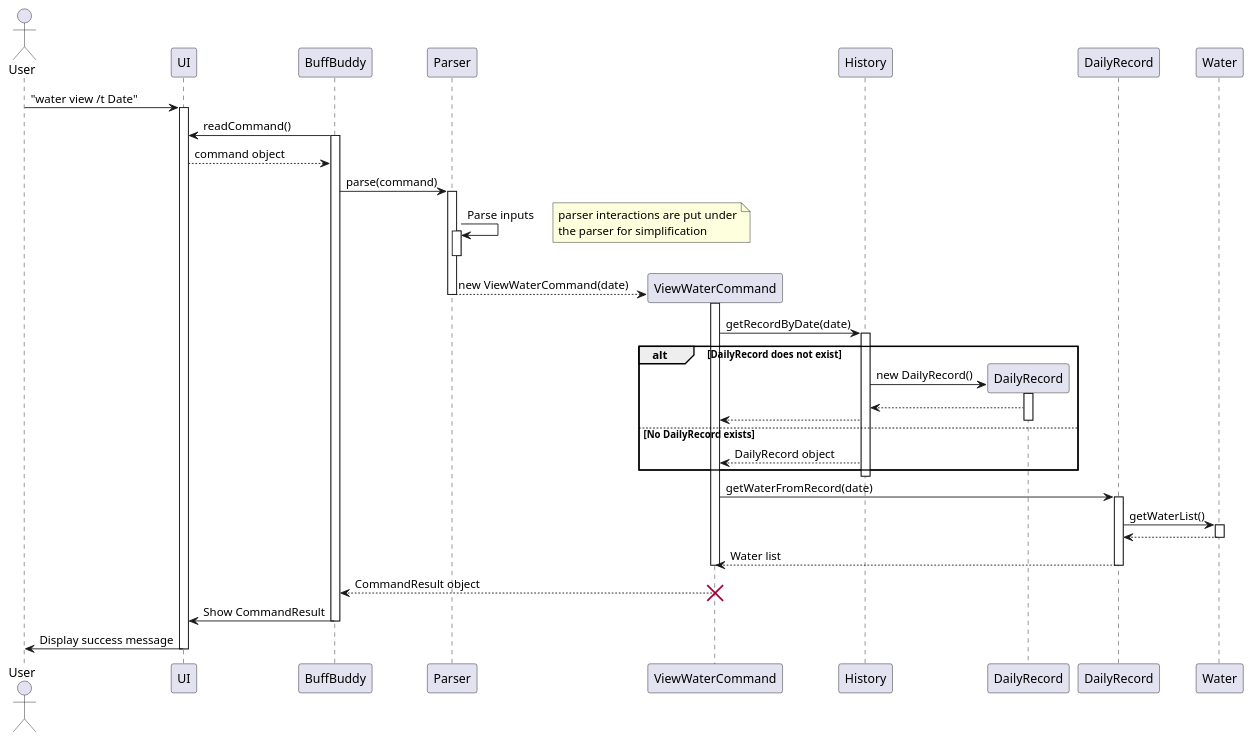
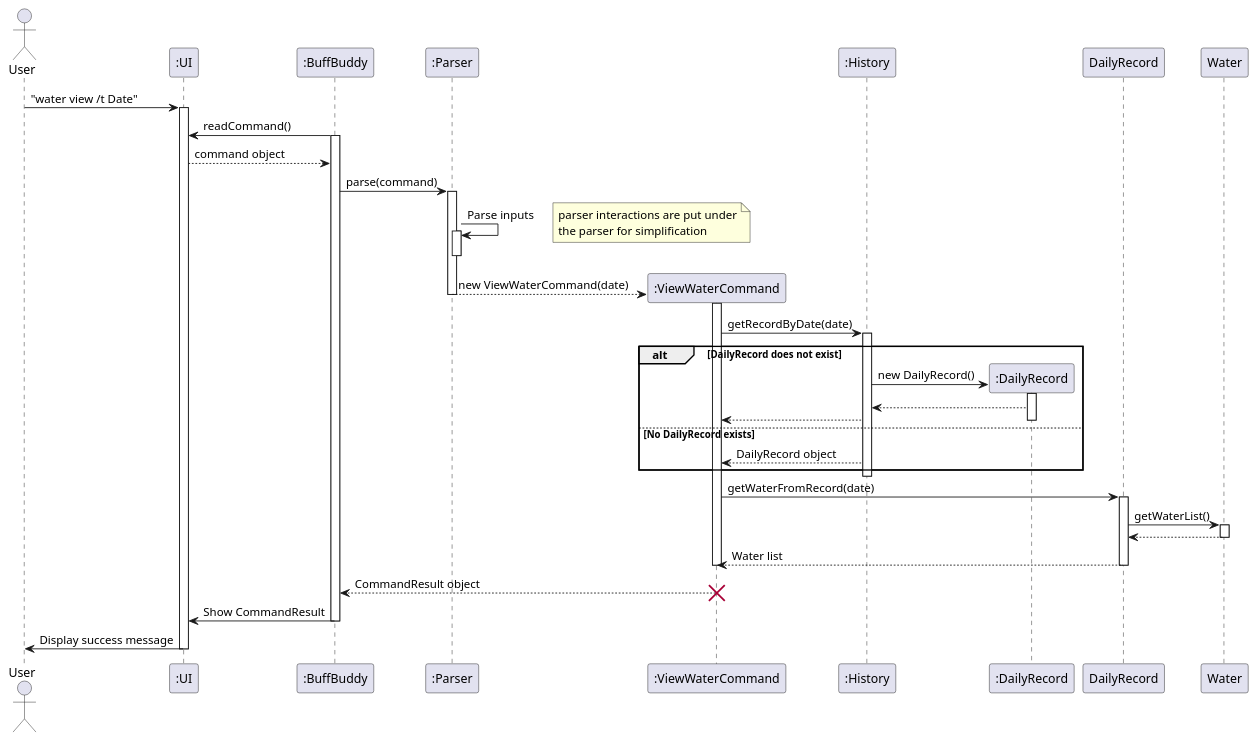
One commit to nus-cs2113-AY2425S1/tp changed the diagram in docs/diagrams/viewWaterSequenceDiagram.puml. Above: the diagram before and after it, drawn with PlantUML. The commit also changed 8 other files, not shown here.

```diff
--- a/docs/diagrams/viewWaterSequenceDiagram.puml
+++ b/docs/diagrams/viewWaterSequenceDiagram.puml
@@ -1,71 +1,71 @@
 @startuml
 
 actor User
-participant "UI" as UI
-participant "BuffBuddy" as BB
-participant "Parser" as Parser
-participant "ViewWaterCommand" as Cmd
-participant "History" as History
-participant "DailyRecord" as DailyRec
+participant ":UI" as UI
+participant ":BuffBuddy" as BB
+participant ":Parser" as Parser
+participant ":ViewWaterCommand" as Cmd
+participant ":History" as History
+participant ":DailyRecord" as DailyRec
 
 User -> UI: "water view /t Date"
 activate UI
 BB -> UI: readCommand()
 activate BB
 UI --> BB: command object
 BB -> Parser: parse(command)
 activate Parser
 Parser -> Parser : Parse inputs
 note right
 parser interactions are put under
 the parser for simplification
 end note
 activate Parser
 deactivate Parser
 create Cmd
 Parser --> Cmd: new ViewWaterCommand(date)
 deactivate Parser
 
 activate Cmd
 
 Cmd -> History: getRecordByDate(date)
 activate History
 
 alt DailyRecord does not exist
   create DailyRec
   History -> DailyRec: new DailyRecord()
   activate DailyRec
   DailyRec --> History
   History --> Cmd
   deactivate DailyRec
 else No DailyRecord exists
   History --> Cmd: DailyRecord object
 end
 deactivate History
 
 activate Cmd
 Cmd -> DailyRecord: getWaterFromRecord(date)
 activate DailyRecord
 
 DailyRecord -> Water: getWaterList()
 activate Water
 Water --> DailyRecord
 deactivate Water
 
 DailyRecord --> Cmd: Water list
 deactivate DailyRecord
 
 deactivate Cmd
 
 
 Cmd --> BB: CommandResult object
 deactivate Cmd
 destroy Cmd
 
 BB -> UI: Show CommandResult
 deactivate BB
 
 UI -> User: Display success message
 deactivate UI
 
 @enduml
```
